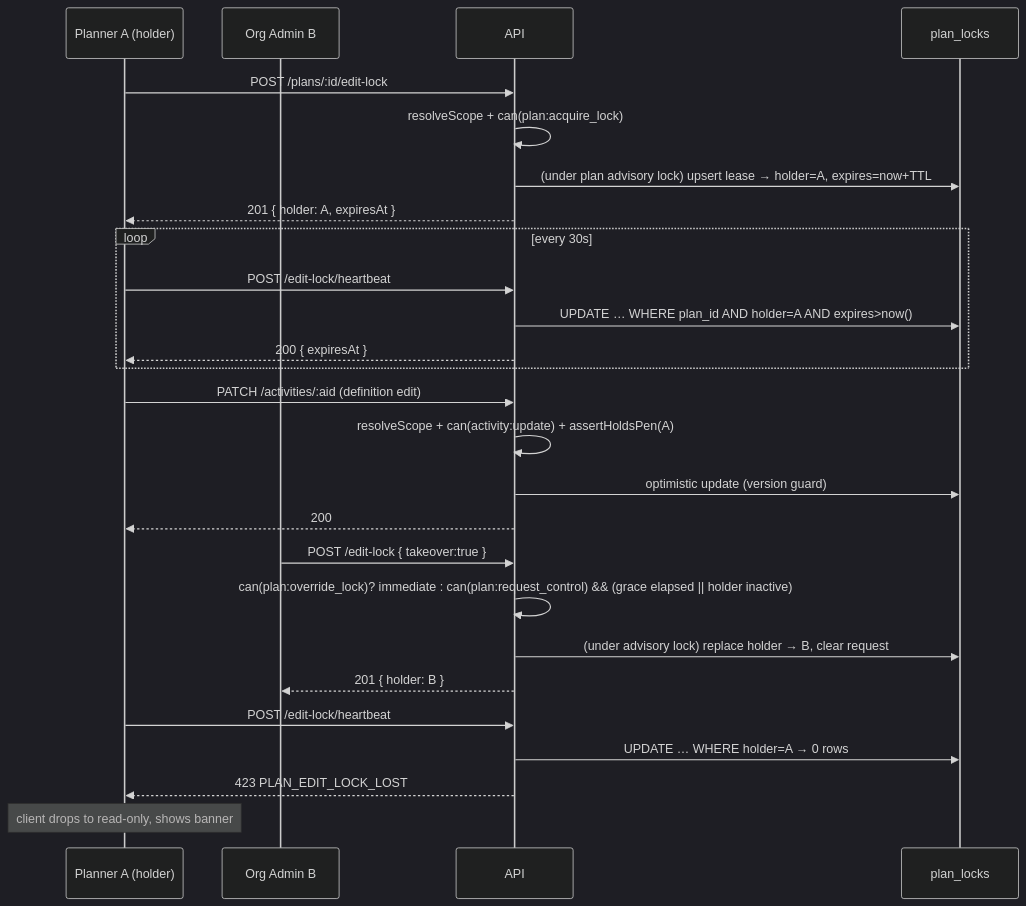
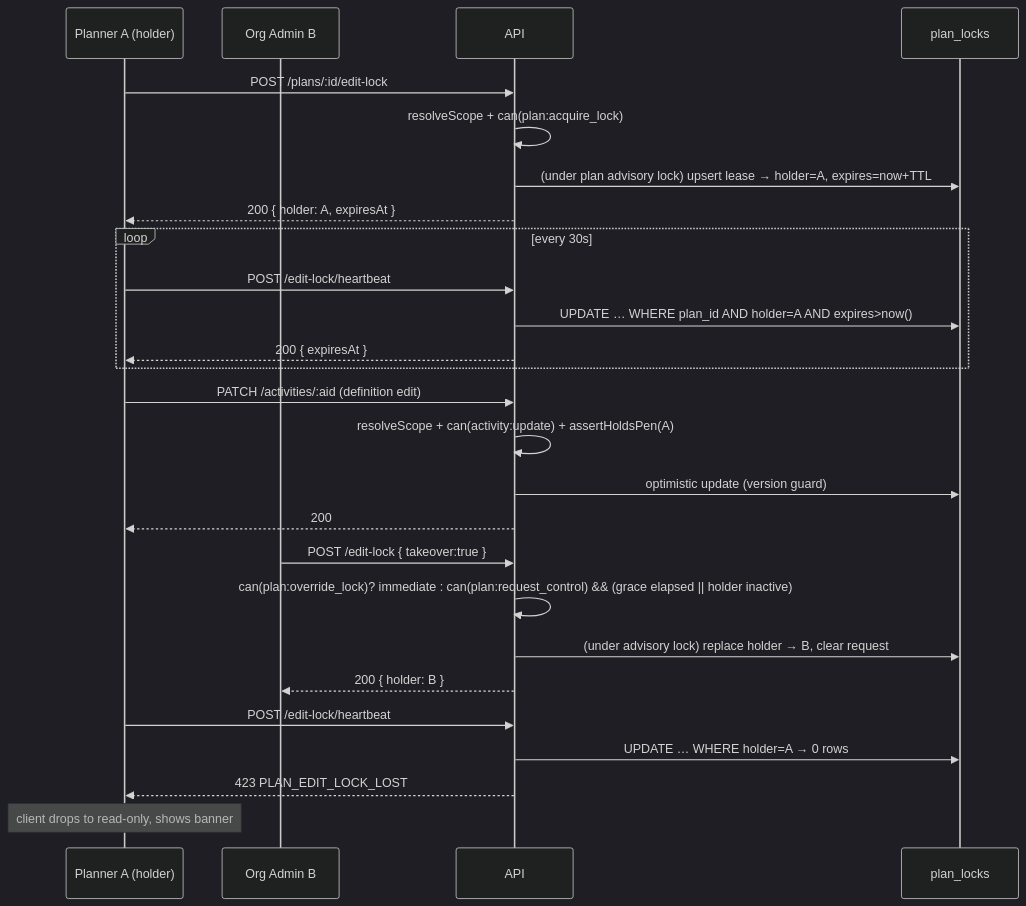
The second of 4 diagrams in docs/features/plan-edit-lock/feature-spec.md (HuttonHomeHub/SchedulePoint_1), drawn with Mermaid (dark theme) before and after one commit. The commit also changed other lines of this file and 11 other files, not shown here.

````diff
--- a/docs/features/plan-edit-lock/feature-spec.md
+++ b/docs/features/plan-edit-lock/feature-spec.md
@@ -415,28 +415,28 @@
 ```mermaid
 sequenceDiagram
   participant P1 as Planner A (holder)
   participant P2 as Org Admin B
   participant API
   participant DB as plan_locks
   P1->>API: POST /plans/:id/edit-lock
   API->>API: resolveScope + can(plan:acquire_lock)
   API->>DB: (under plan advisory lock) upsert lease → holder=A, expires=now+TTL
-  API-->>P1: 201 { holder: A, expiresAt }
+  API-->>P1: 200 { holder: A, expiresAt }
   loop every 30s
     P1->>API: POST /edit-lock/heartbeat
     API->>DB: UPDATE … WHERE plan_id AND holder=A AND expires>now()
     API-->>P1: 200 { expiresAt }
   end
   P1->>API: PATCH /activities/:aid (definition edit)
   API->>API: resolveScope + can(activity:update) + assertHoldsPen(A)
   API->>DB: optimistic update (version guard)
   API-->>P1: 200
   P2->>API: POST /edit-lock { takeover:true }
   API->>API: can(plan:override_lock)? immediate : can(plan:request_control) && (grace elapsed || holder inactive)
   API->>DB: (under advisory lock) replace holder → B, clear request
-  API-->>P2: 201 { holder: B }
+  API-->>P2: 200 { holder: B }
   P1->>API: POST /edit-lock/heartbeat
   API->>DB: UPDATE … WHERE holder=A → 0 rows
   API-->>P1: 423 PLAN_EDIT_LOCK_LOST
   Note over P1: client drops to read-only, shows banner
 ```
````
